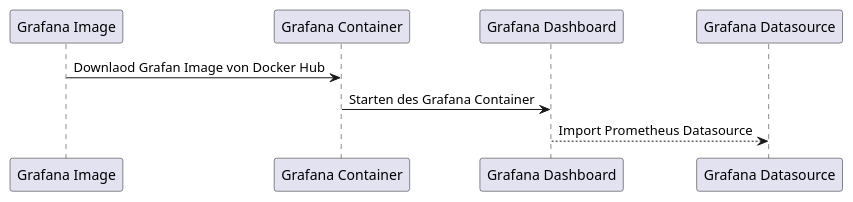
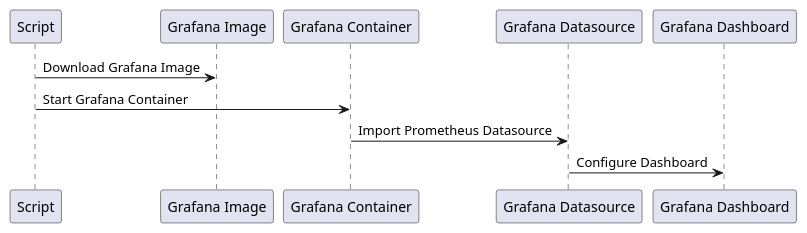
One commit to blro-ep/ITCNE23-SEM-III changed the fifth of 5 diagrams in Sequenzdiagramm.puml. Above: the diagram before and after it, drawn with PlantUML. The commit also changed other lines of this file, not shown here.

```diff
--- a/Sequenzdiagramm.puml
+++ b/Sequenzdiagramm.puml
@@ -42,10 +57,12 @@
-@startuml Grafan
+@startuml Grafana
+participant "Script" as Script
 participant "Grafana Image" as Image
 participant "Grafana Container" as Container
+participant "Grafana Datasource" as Datasource
 participant "Grafana Dashboard" as Dashboard
-participant "Grafana Datasource" as Datasource
 
-Image -> Container: Downlaod Grafan Image von Docker Hub
-Container -> Dashboard: Starten des Grafana Container
-Dashboard --> Datasource: Import Prometheus Datasource
+Script -> Image: Download Grafana Image
+Script -> Container: Start Grafana Container
+Container -> Datasource: Import Prometheus Datasource
+Datasource -> Dashboard: Configure Dashboard
 @enduml
```
